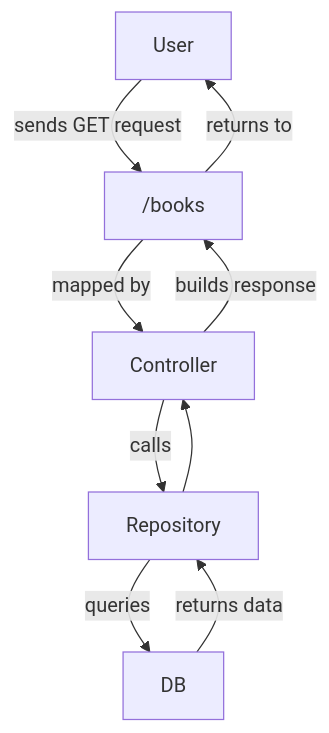
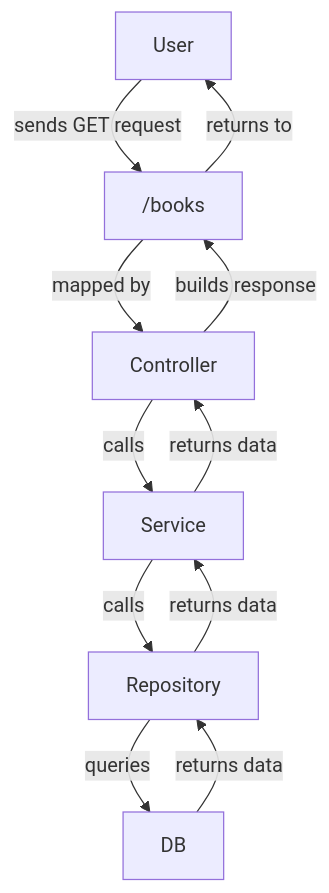
One commit to nade-t/cfg-java-masters-project changed the diagram in README.md. Above: the diagram before and after it, drawn with Mermaid. The commit also changed other lines of this file, not shown here.

Commit message:
updated readme flowchart

````diff
--- a/README.md
+++ b/README.md
@@ -87,11 +87,13 @@
 ```mermaid
 flowchart TD
     User -->|sends GET request| /books
     /books -->|mapped by| Controller
-    Controller -->|calls| Repository
+    Controller -->|calls| Service
+    Service -->|calls| Repository
     Repository -->|queries| DB
     DB -->|returns data| Repository
-    Repository --> Controller
+    Repository -->|returns data| Service
+    Service -->|returns data| Controller
     Controller -->|builds response| /books
     /books -->|returns to| User
 ```
````
